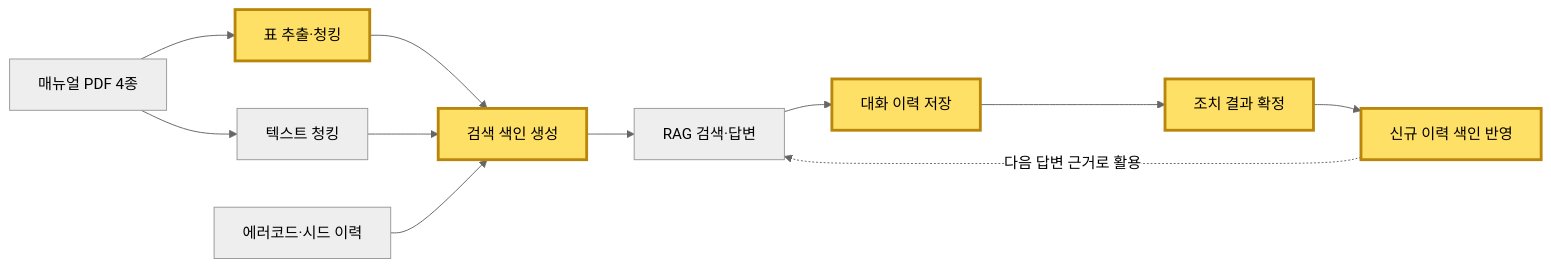
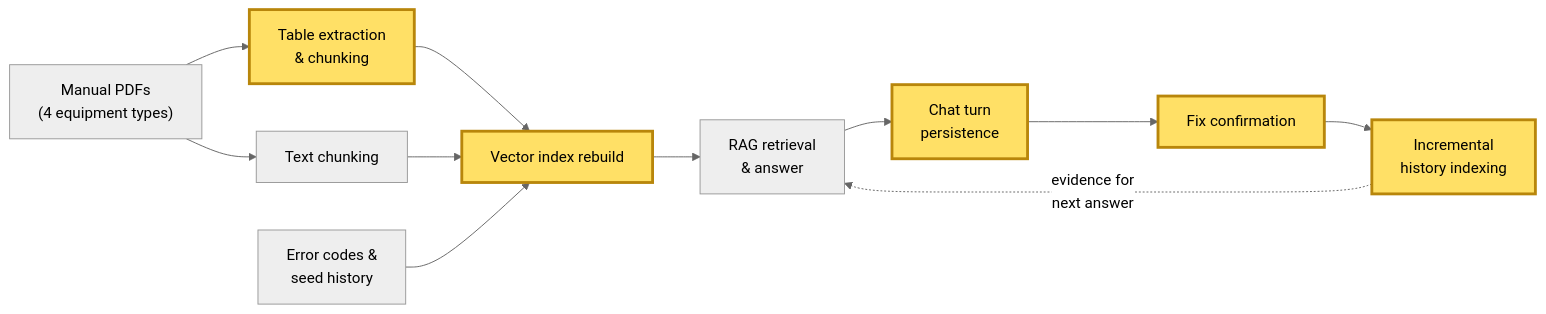
The diagram in README.md (8113jsl-ui/m-pilot), drawn with Mermaid (neutral theme) before and after one commit. The commit also changed other lines of this file and 1 other file, not shown here.

````diff
--- a/README.md
+++ b/README.md
@@ -45,16 +53,16 @@
 ```mermaid
 flowchart LR
-    PDF["매뉴얼 PDF 4종"] --> T["표 추출·청킹"]
-    PDF --> X["텍스트 청킹"]
-    T --> IDX["검색 색인 생성"]
+    PDF["Manual PDFs<br/>(4 equipment types)"] --> T["Table extraction<br/>& chunking"]
+    PDF --> X["Text chunking"]
+    T --> IDX["Vector index rebuild"]
     X --> IDX
-    CODE["에러코드·시드 이력"] --> IDX
-    IDX --> RAG["RAG 검색·답변"]
-    RAG --> CHAT["대화 이력 저장"]
-    CHAT --> RES["조치 결과 확정"]
-    RES --> HIS["신규 이력 색인 반영"]
-    HIS -.->|"다음 답변 근거로 활용"| RAG
+    CODE["Error codes &<br/>seed history"] --> IDX
+    IDX --> RAG["RAG retrieval<br/>& answer"]
+    RAG --> CHAT["Chat turn<br/>persistence"]
+    CHAT --> RES["Fix confirmation"]
+    RES --> HIS["Incremental<br/>history indexing"]
+    HIS -.->|"evidence for<br/>next answer"| RAG
 
     classDef mine fill:#FFE066,stroke:#B8860B,stroke-width:3px,color:#000;
     class T,IDX,CHAT,RES,HIS mine;
 ```
````
